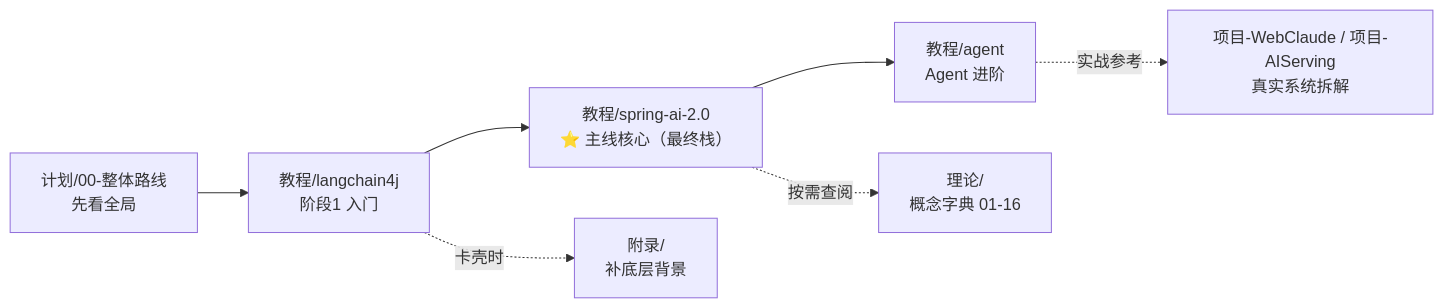
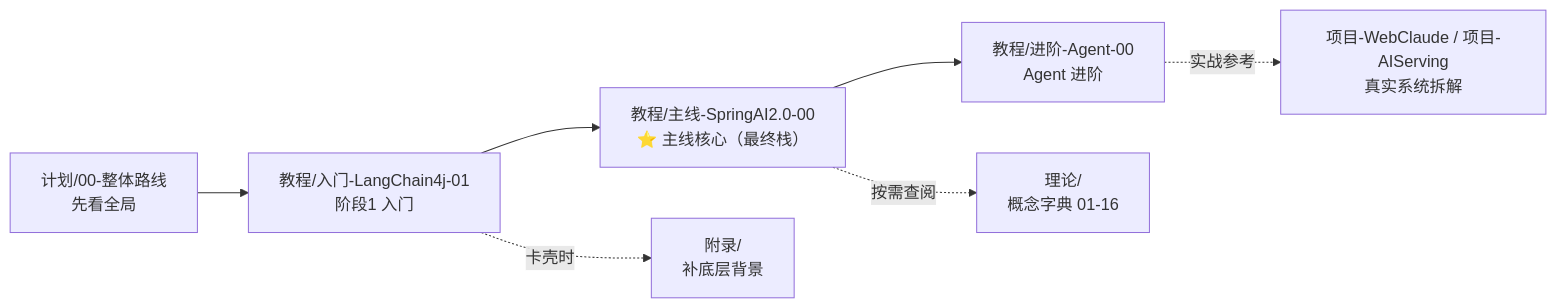
One commit to UranusGit/java-agent-learn changed the first of 3 diagrams in docs/00-README.md. Above: the diagram before and after it, drawn with Mermaid. The commit also changed other lines of this file and 64 other files, not shown here.

````diff
--- a/docs/00-README.md
+++ b/docs/00-README.md
@@ -56,9 +56,9 @@
 ```mermaid
 flowchart LR
-    P["计划/00-整体路线<br/>先看全局"] --> L1["教程/langchain4j<br/>阶段1 入门"]
-    L1 --> L2["教程/spring-ai-2.0<br/>⭐ 主线核心（最终栈）"]
-    L2 --> A["教程/agent<br/>Agent 进阶"]
+    P["计划/00-整体路线<br/>先看全局"] --> L1["教程/入门-LangChain4j-01<br/>阶段1 入门"]
+    L1 --> L2["教程/主线-SpringAI2.0-00<br/>⭐ 主线核心（最终栈）"]
+    L2 --> A["教程/进阶-Agent-00<br/>Agent 进阶"]
     L2 -.按需查阅.-> T["理论/<br/>概念字典 01-16"]
     L1 -.卡壳时.-> F["附录/<br/>补底层背景"]
     A -.实战参考.-> PJ["项目-WebClaude / 项目-AIServing<br/>真实系统拆解"]
 ```
````
